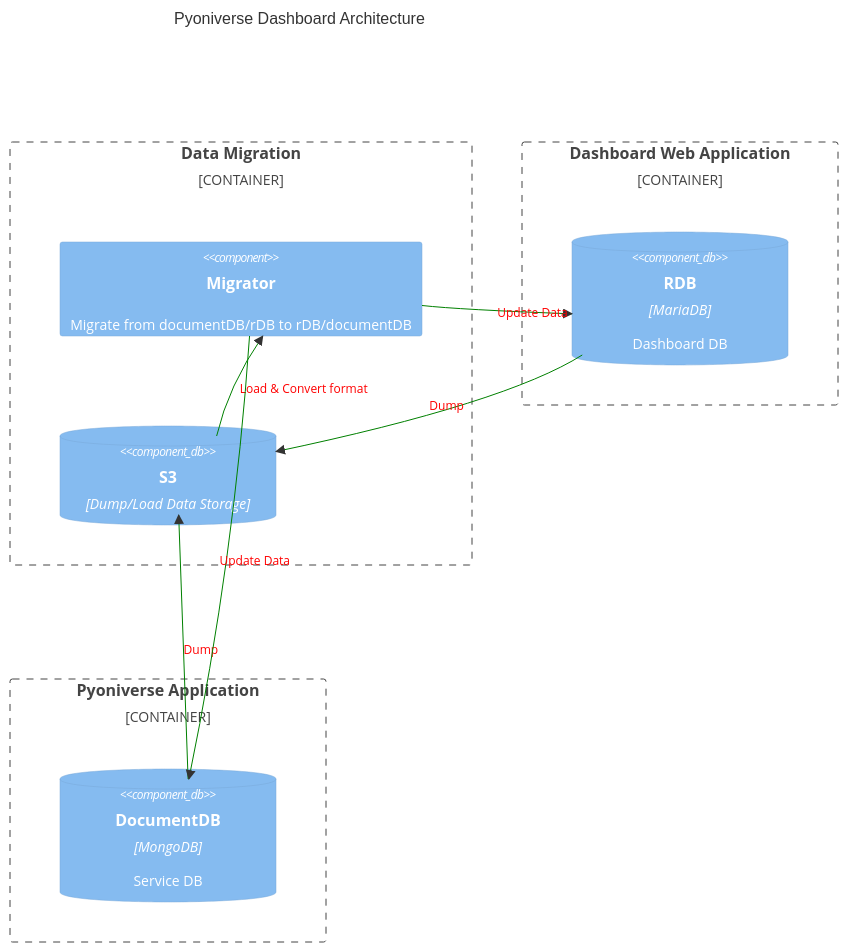
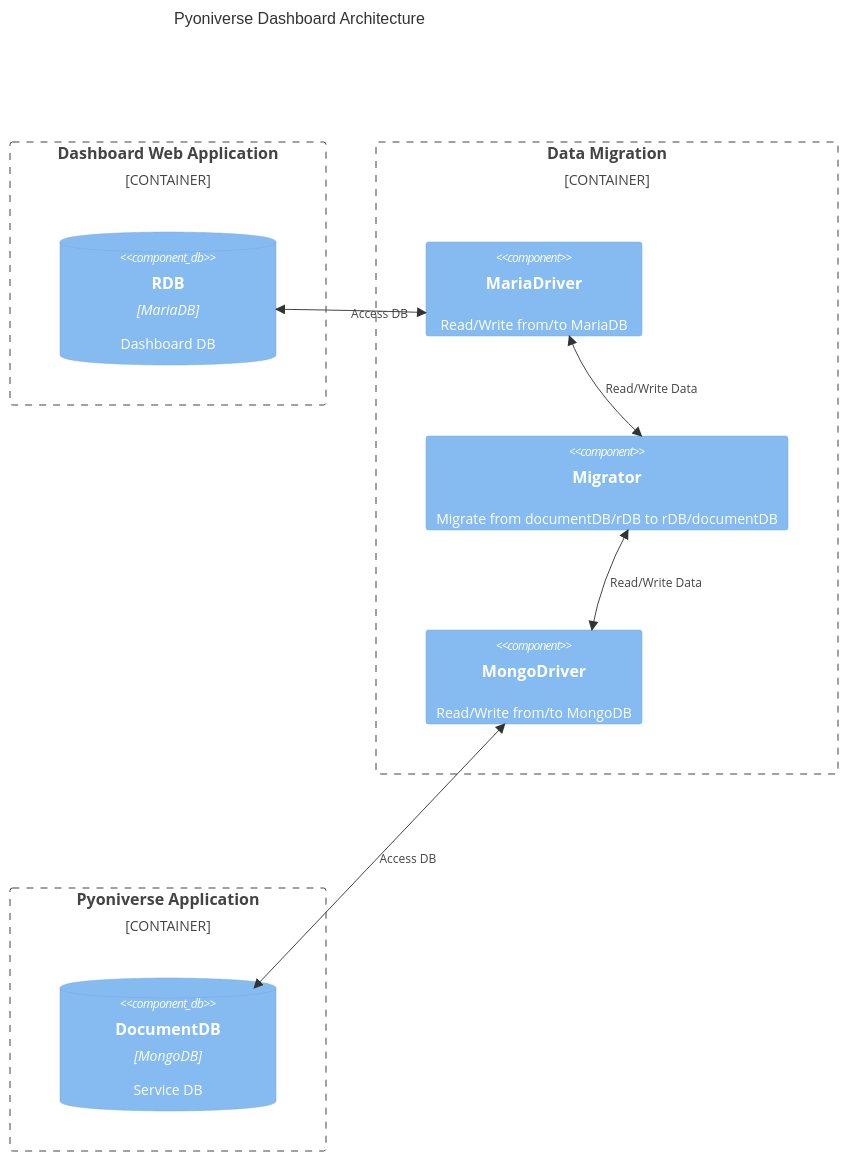
Before and after one commit to KU-Capstone-Design/pyoniverse-data-migrator: the diagram in docs/architecture.md, drawn with Mermaid. The commit also changed 2 other files, not shown here.

Commit message:
[feat] design

````diff
--- a/docs/architecture.md
+++ b/docs/architecture.md
@@ -4,27 +4,22 @@
 ```mermaid
 ---
 title: Pyoniverse Dashboard Architecture
 ---
 C4Component
     title Pyoniverse Dashboard Architecture
-    Container_Boundary(migration_boundary, "Data Migration") {
-        Component(migrator, "Migrator", "", "Migrate from documentDB/rDB to rDB/documentDB")
-        ComponentDb(tmp_storage, "S3", "Dump/Load Data Storage")
-        Rel(document_db, tmp_storage, "Dump")
-        Rel(rdb, tmp_storage, "Dump")
-        Rel(tmp_storage, migrator, "Load & Convert format")
-        Rel(migrator, document_db, "Update Data")
-        Rel(migrator, rdb, "Update Data")
-        UpdateRelStyle(document_db, tmp_storage, $textColor="red", $lineColor="green")
-        UpdateRelStyle(rdb, tmp_storage, $textColor="red", $lineColor="green")
-        UpdateRelStyle(tmp_storage, migrator, $textColor="red", $lineColor="green")
-        UpdateRelStyle(migrator, document_db, $textColor="red", $lineColor="green")
-        UpdateRelStyle(migrator, rdb, $textColor="red", $lineColor="green")
-    }
     Container_Boundary(web_boundary, "Dashboard Web Application") {
         ComponentDb(rdb, "RDB", "MariaDB", "Dashboard DB")
     }
+    Container_Boundary(migration_boundary, "Data Migration") {
+        Component(mariaDriver, "MariaDriver", "", "Read/Write from/to MariaDB")
+        Component(migrator, "Migrator", "", "Migrate from documentDB/rDB to rDB/documentDB")
+        Component(mongoDriver, "MongoDriver", "", "Read/Write from/to MongoDB")
+        BiRel(mongoDriver, documentDb, "Access DB")
+        BiRel(mariaDriver, rdb, "Access DB")
+        BiRel(mongoDriver, migrator, "Read/Write Data")
+        BiRel(mariaDriver, migrator, "Read/Write Data")
+    }
     Container_Boundary(service_boundary, "Pyoniverse Application") {
-        ComponentDb(document_db, "DocumentDB", "MongoDB", "Service DB")
+        ComponentDb(documentDb, "DocumentDB", "MongoDB", "Service DB")
     }
 ```
````
